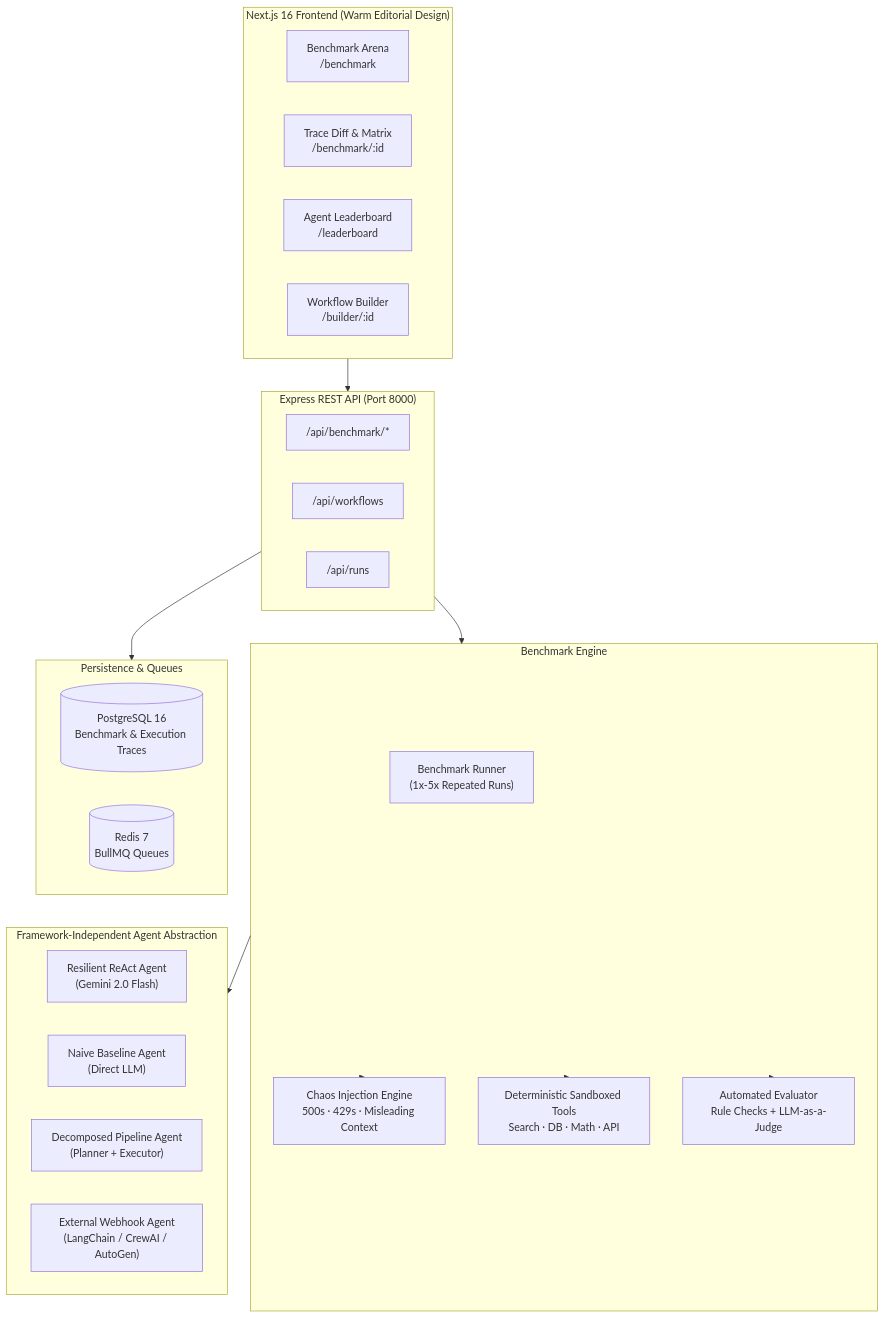
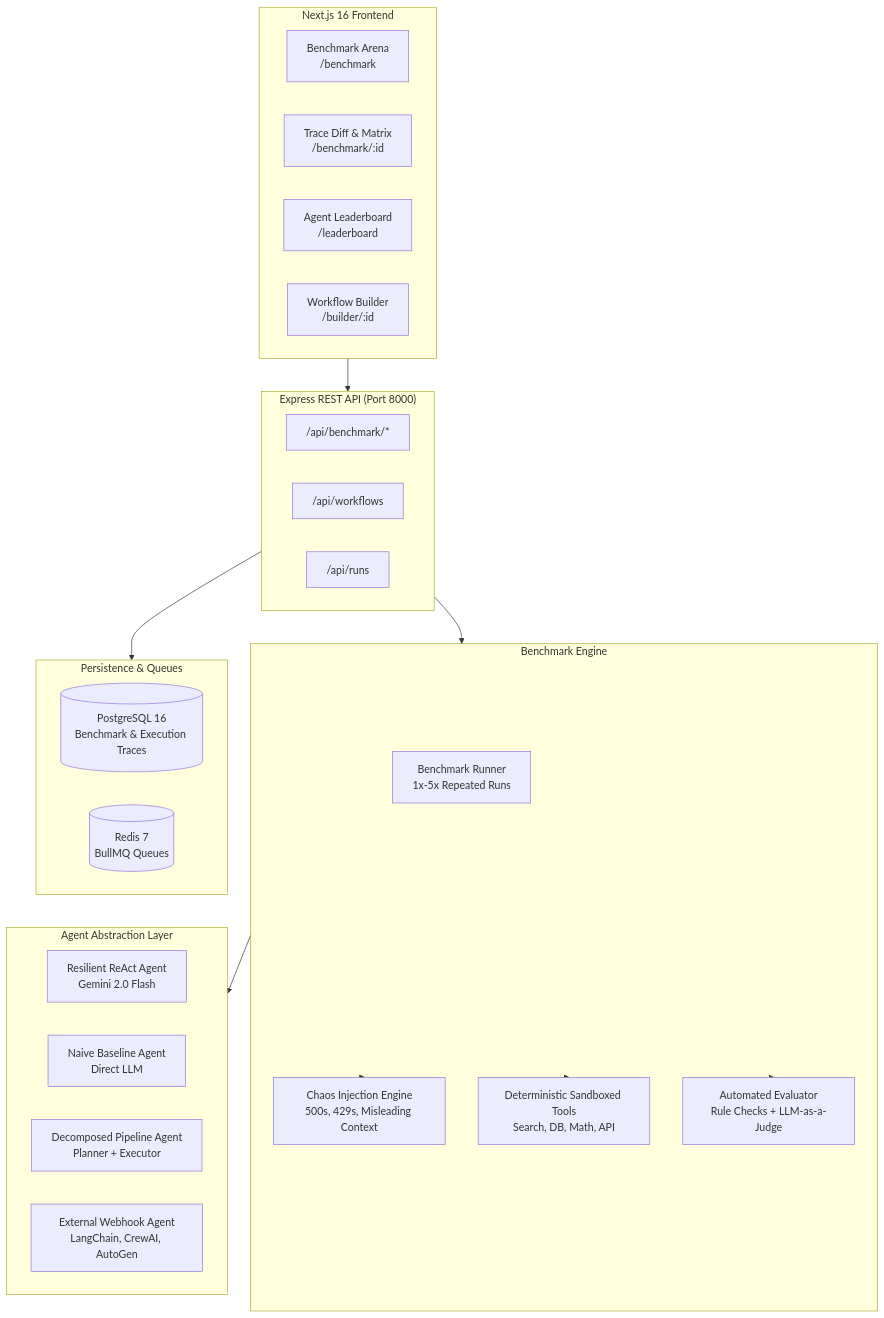
The diagram in README.md (Ankit-cs/melq), drawn with Mermaid before and after one commit. The commit also changed other lines of this file and 32 other files, not shown here.

````diff
--- a/README.md
+++ b/README.md
@@ -69,42 +69,42 @@
 ```mermaid
 flowchart TB
-    subgraph Client["Next.js 16 Frontend (Warm Editorial Design)"]
-        BA["Benchmark Arena\n/benchmark"]
-        CD["Trace Diff & Matrix\n/benchmark/:id"]
-        LB["Agent Leaderboard\n/leaderboard"]
-        WB["Workflow Builder\n/builder/:id"]
+    subgraph Client["Next.js 16 Frontend"]
+        BA["Benchmark Arena<br/>/benchmark"]
+        CD["Trace Diff & Matrix<br/>/benchmark/:id"]
+        LB["Agent Leaderboard<br/>/leaderboard"]
+        WB["Workflow Builder<br/>/builder/:id"]
     end
 
     subgraph API["Express REST API (Port 8000)"]
         BR["/api/benchmark/*"]
         WF["/api/workflows"]
         RN["/api/runs"]
     end
 
     subgraph BenchmarkSystem["Benchmark Engine"]
-        Runner["Benchmark Runner\n(1x-5x Repeated Runs)"]
-        Chaos["Chaos Injection Engine\n500s · 429s · Misleading Context"]
-        MockTools["Deterministic Sandboxed Tools\nSearch · DB · Math · API"]
-        Judge["Automated Evaluator\nRule Checks + LLM-as-a-Judge"]
+        Runner["Benchmark Runner<br/>1x-5x Repeated Runs"]
+        Chaos["Chaos Injection Engine<br/>500s, 429s, Misleading Context"]
+        MockTools["Deterministic Sandboxed Tools<br/>Search, DB, Math, API"]
+        Judge["Automated Evaluator<br/>Rule Checks + LLM-as-a-Judge"]
     end
 
-    subgraph AgentRuntime["Framework-Independent Agent Abstraction"]
-        ReactAgent["Resilient ReAct Agent\n(Gemini 2.0 Flash)"]
-        NaiveAgent["Naive Baseline Agent\n(Direct LLM)"]
-        PipeAgent["Decomposed Pipeline Agent\n(Planner + Executor)"]
-        WebhookAgent["External Webhook Agent\n(LangChain / CrewAI / AutoGen)"]
+    subgraph AgentRuntime["Agent Abstraction Layer"]
+        ReactAgent["Resilient ReAct Agent<br/>Gemini 2.0 Flash"]
+        NaiveAgent["Naive Baseline Agent<br/>Direct LLM"]
+        PipeAgent["Decomposed Pipeline Agent<br/>Planner + Executor"]
+        WebhookAgent["External Webhook Agent<br/>LangChain, CrewAI, AutoGen"]
     end
 
     subgraph Data["Persistence & Queues"]
-        PG[("PostgreSQL 16\nBenchmark & Execution Traces")]
-        RD[("Redis 7\nBullMQ Queues")]
+        PG[("PostgreSQL 16<br/>Benchmark & Execution Traces")]
+        RD[("Redis 7<br/>BullMQ Queues")]
     end
 
     Client --> API
     API --> BenchmarkSystem
     BenchmarkSystem --> AgentRuntime
     BenchmarkSystem --> Chaos
     BenchmarkSystem --> MockTools
     BenchmarkSystem --> Judge
     API --> Data
 ```
````
